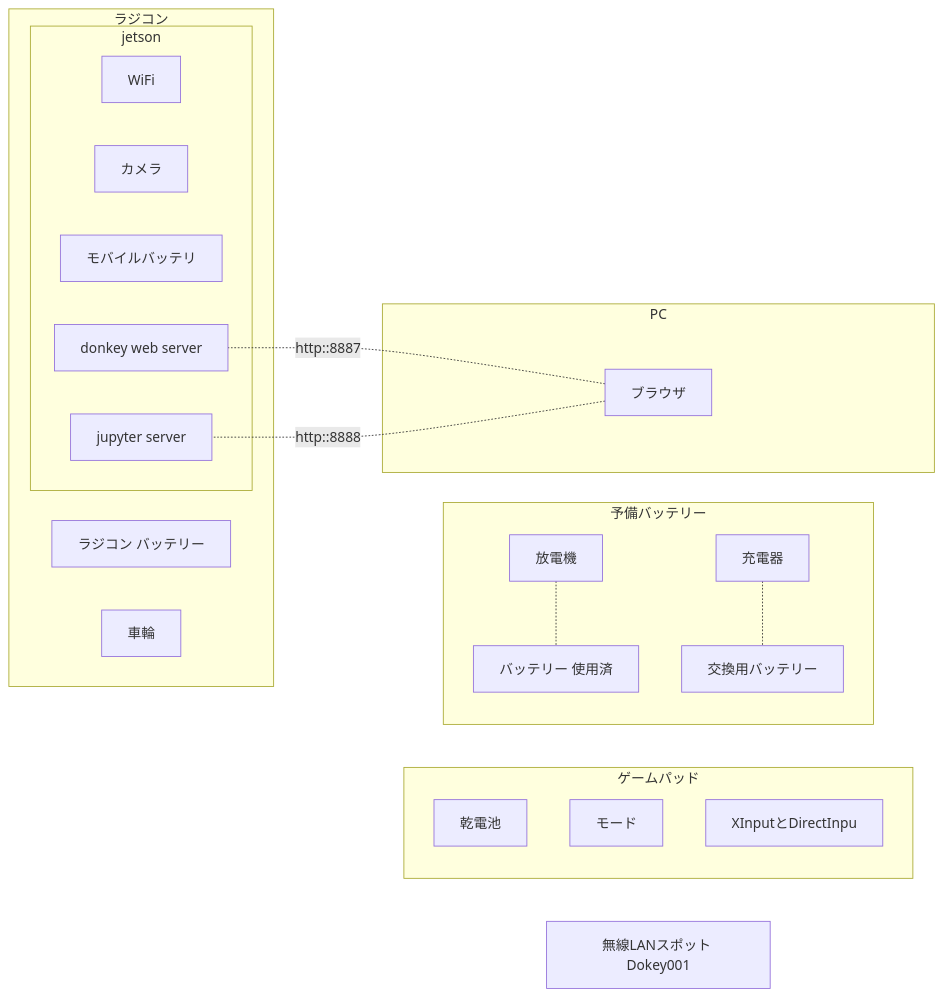
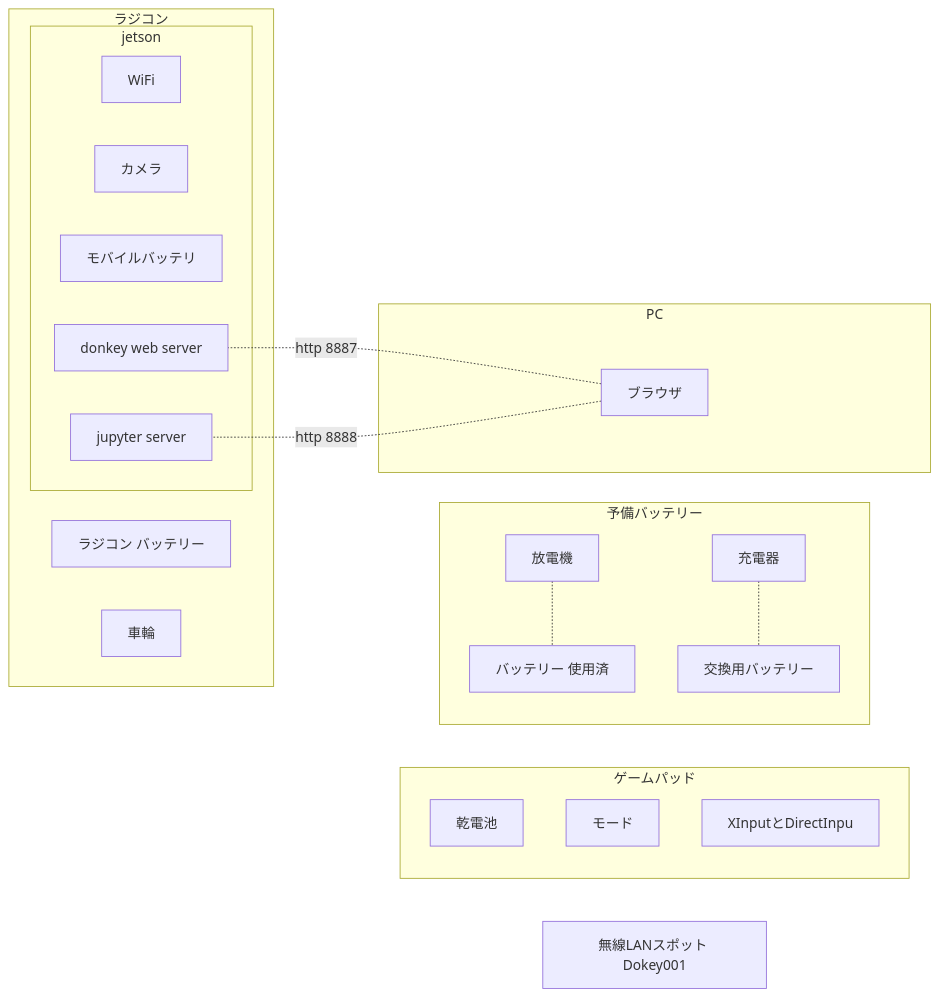
The fifth of 6 diagrams in SkipCity2024/doc/content/environment/jetson.md (KwikHangout/AI-RC), drawn with Mermaid before and after one commit. The commit also changed other lines of this file and 2 other files, not shown here.

Commit message:
Add docs_html

````diff
--- a/SkipCity2024/doc/content/environment/jetson.md
+++ b/SkipCity2024/doc/content/environment/jetson.md
@@ -152,40 +163,41 @@
-  ```mermaid
-  graph RL
+    ```mermaid
+    graph RL
 
-    subgraph ラジコン
-      battery[ラジコン バッテリー]
-      wheels[車輪]
-      subgraph jetson
-        WiFi
-        camera[カメラ]
-        mobilebattery[モバイルバッテリ]
-        donkey[donkey web server]
-        jupyter[jupyter server]
+      subgraph ラジコン
+        battery[ラジコン バッテリー]
+        wheels[車輪]
+        subgraph jetson
+          WiFi
+          camera[カメラ]
+          mobilebattery[モバイルバッテリ]
+          donkey[donkey web server]
+          jupyter[jupyter server]
+        end
       end
-    end
 
-    subgraph ゲームパッド
-      batterycell[乾電池]
-      mode[モード]
-      inut[XInputとDirectInpu]
-    end
+      subgraph ゲームパッド
+        batterycell[乾電池]
+        mode[モード]
+        inut[XInputとDirectInpu]
+      end
 
-    subgraph 予備バッテリー
-      battriesUsed[バッテリー 使用済]
-      battriesNext[交換用バッテリー]
-      adapterCharge[充電器]
-      adapterDischarge[放電機]
+      subgraph 予備バッテリー
+        battriesUsed[バッテリー 使用済]
+        battriesNext[交換用バッテリー]
+        adapterCharge[充電器]
+        adapterDischarge[放電機]
 
-      adapterCharge -.- battriesNext
-      adapterDischarge -.- battriesUsed
-    end
+        adapterCharge -.- battriesNext
+        adapterDischarge -.- battriesUsed
+      end
 
-    subgraph PC
-      chrome[ブラウザ]
-    end
+      subgraph PC
+        chrome[ブラウザ]
+      end
 
-    WiFiSpot[無線LANスポット Dokey001]
+      WiFiSpot[無線LANスポット Dokey001]
 
-    chrome -. http:<IP>:8888 .- jupyter
-    chrome -. http:<IP>:8887 .- donkey
-  ```
+      chrome -. "http 8888" .- jupyter
+      chrome -. "http 8887" .- donkey
+
+    ```
````
